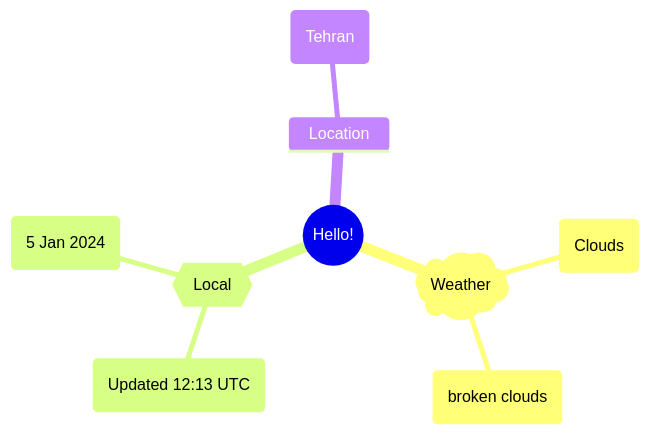
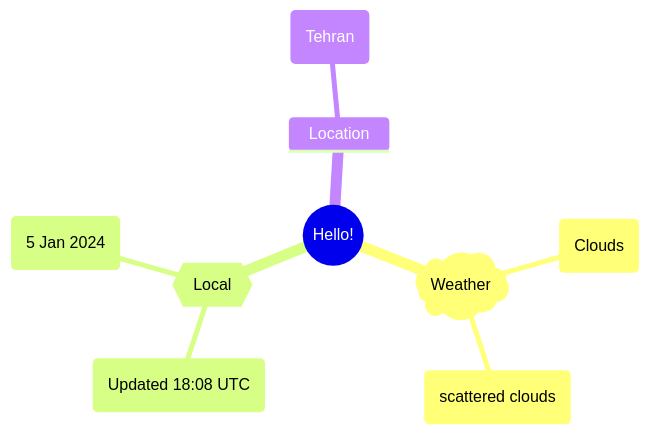
The first of 2 diagrams in README.md (Xosrov/Xosrov), drawn with Mermaid before and after one commit.

Commit message:
[bot] updated images

````diff
--- a/README.md
+++ b/README.md
@@ -3,12 +3,12 @@
 ```mermaid
 mindmap
   root((Hello!))
     )Weather(
         (Clouds)
-        (broken clouds)
+        (scattered clouds)
     {{Local}}
-        (Updated 12:13 UTC)
+        (Updated 18:08 UTC)
         (5 Jan 2024)
     Location
         (Tehran)
 ```
````
